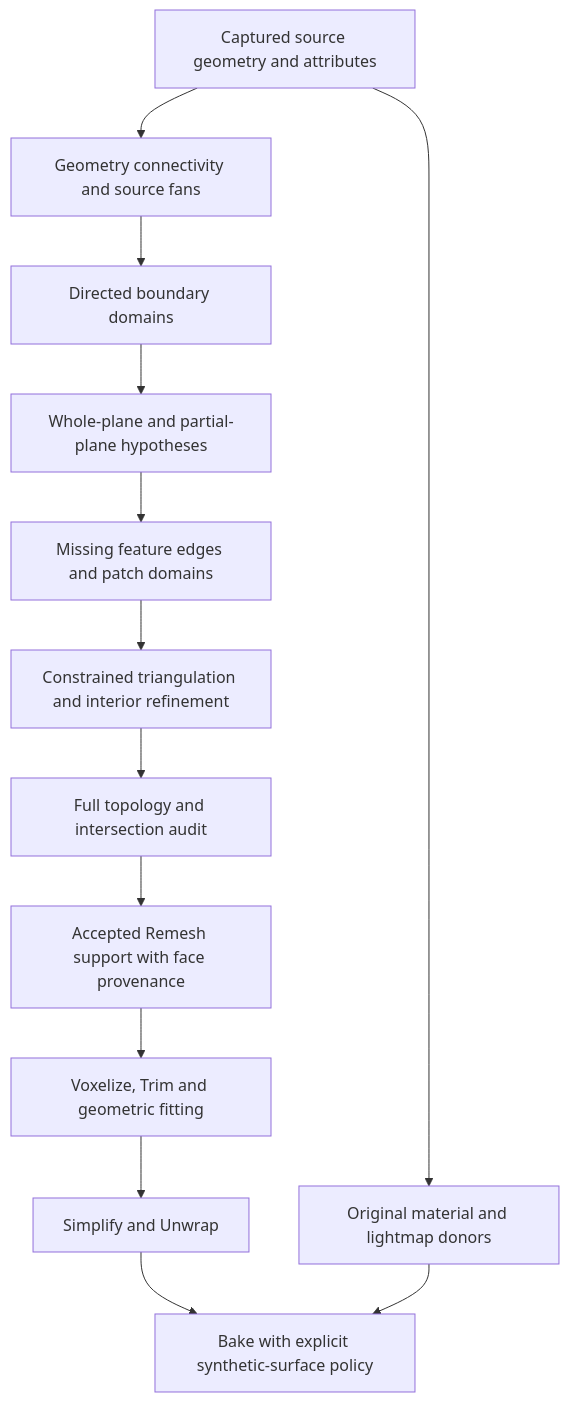
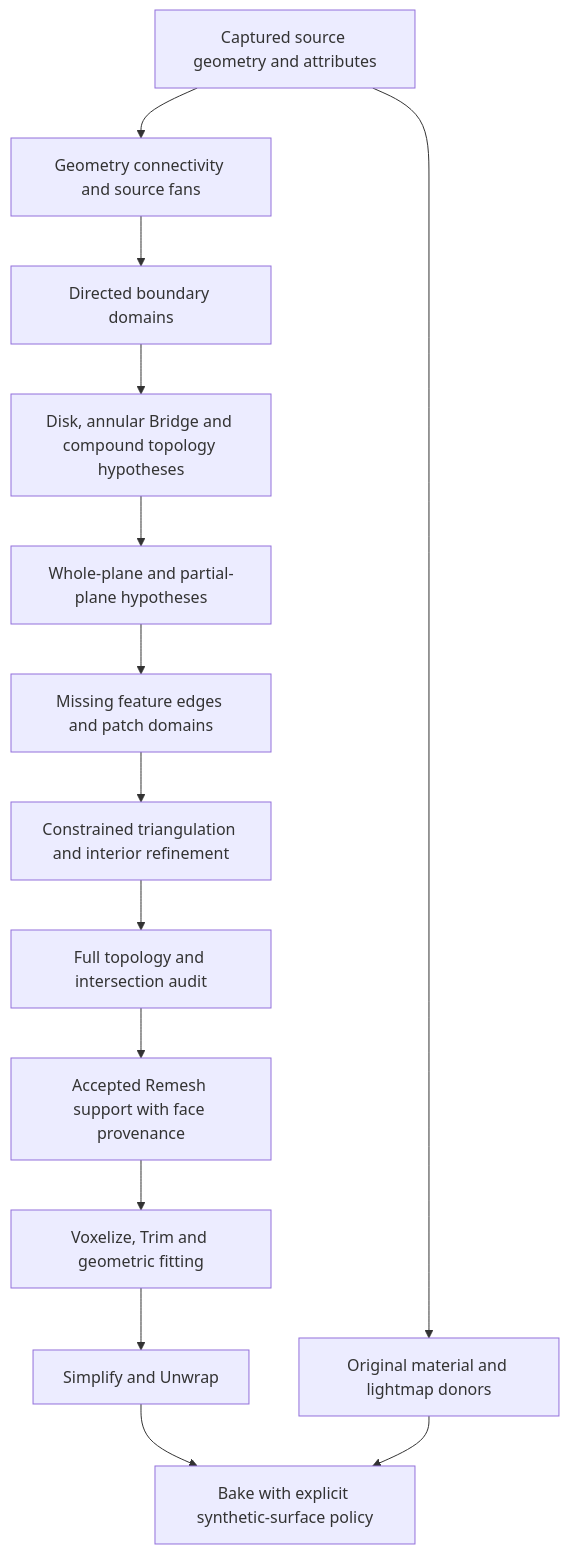
The diagram in Documentation~/REMESH_CAP_PLAN.md (SashaRX/UnityMeshLab), drawn with Mermaid before and after one commit. The commit also changed other lines of this file and 5 other files, not shown here.

````diff
--- a/Documentation~/REMESH_CAP_PLAN.md
+++ b/Documentation~/REMESH_CAP_PLAN.md
@@ -14,15 +14,16 @@
 ```mermaid
 flowchart TD
     A[Captured source geometry and attributes] --> B[Geometry connectivity and source fans]
     B --> C[Directed boundary domains]
-    C --> D[Whole-plane and partial-plane hypotheses]
+    C --> T[Disk, annular Bridge and compound topology hypotheses]
+    T --> D[Whole-plane and partial-plane hypotheses]
     D --> E[Missing feature edges and patch domains]
     E --> F[Constrained triangulation and interior refinement]
     F --> G[Full topology and intersection audit]
     G --> H[Accepted Remesh support with face provenance]
     H --> I[Voxelize, Trim and geometric fitting]
     A --> J[Original material and lightmap donors]
     I --> K[Simplify and Unwrap]
     K --> L[Bake with explicit synthetic-surface policy]
     J --> L
 ```
````
